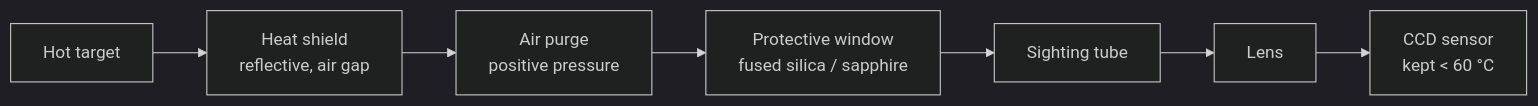
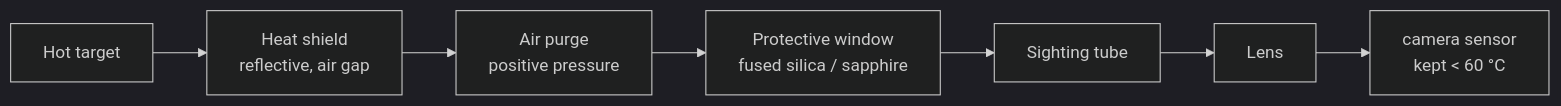
One commit to denispendrick/TempCCD changed the diagram in docs/mounting.md. Above: the diagram before and after it, drawn with Mermaid (dark theme). The commit also changed other lines of this file and 2 other files, not shown here.

````diff
--- a/docs/mounting.md
+++ b/docs/mounting.md
@@ -39,9 +39,9 @@
 ```mermaid
 graph LR
     T["Hot target"] --> HS["Heat shield<br/>reflective, air gap"]
     HS --> AP["Air purge<br/>positive pressure"]
     AP --> W["Protective window<br/>fused silica / sapphire"]
     W --> ST["Sighting tube"]
     ST --> L["Lens"]
-    L --> C["CCD sensor<br/>kept < 60 °C"]
+    L --> C["camera sensor<br/>kept &lt; 60 °C"]
 ```
````
